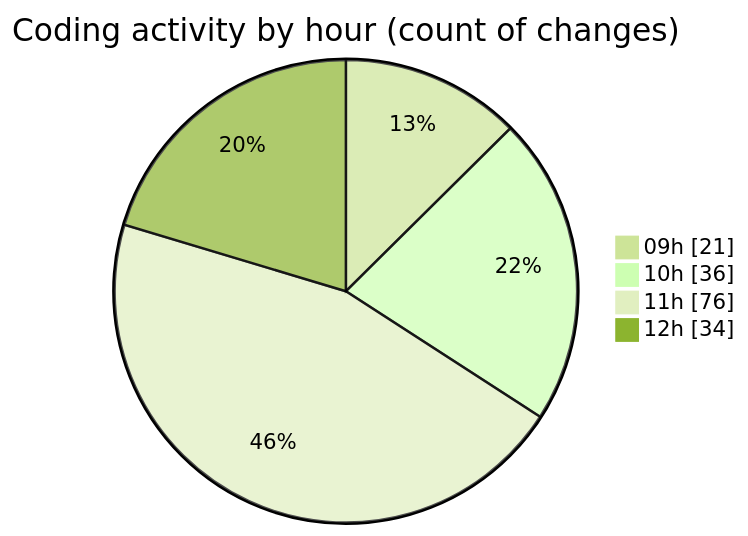
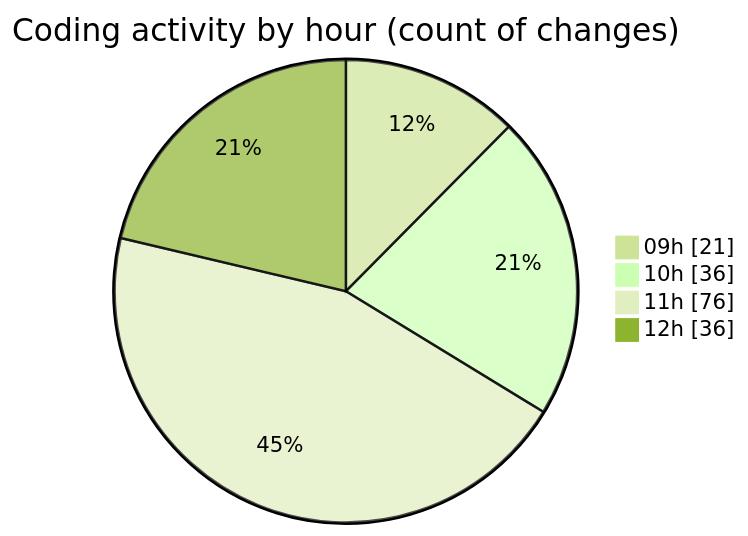
Before and after one commit to momahboobian/code-tracking: the second of 2 diagrams in 2025-09-09/cda/README.md, drawn with Mermaid (forest theme). The commit also changed other lines of this file and 1 other file, not shown here.

````diff
--- a/2025-09-09/cda/README.md
+++ b/2025-09-09/cda/README.md
@@ -129,8 +130,8 @@
 ```mermaid
 pie showData
 title Coding activity by hour (count of changes)
 "09h" : 21
 "10h" : 36
 "11h" : 76
-"12h" : 34
+"12h" : 36
 ```
````
